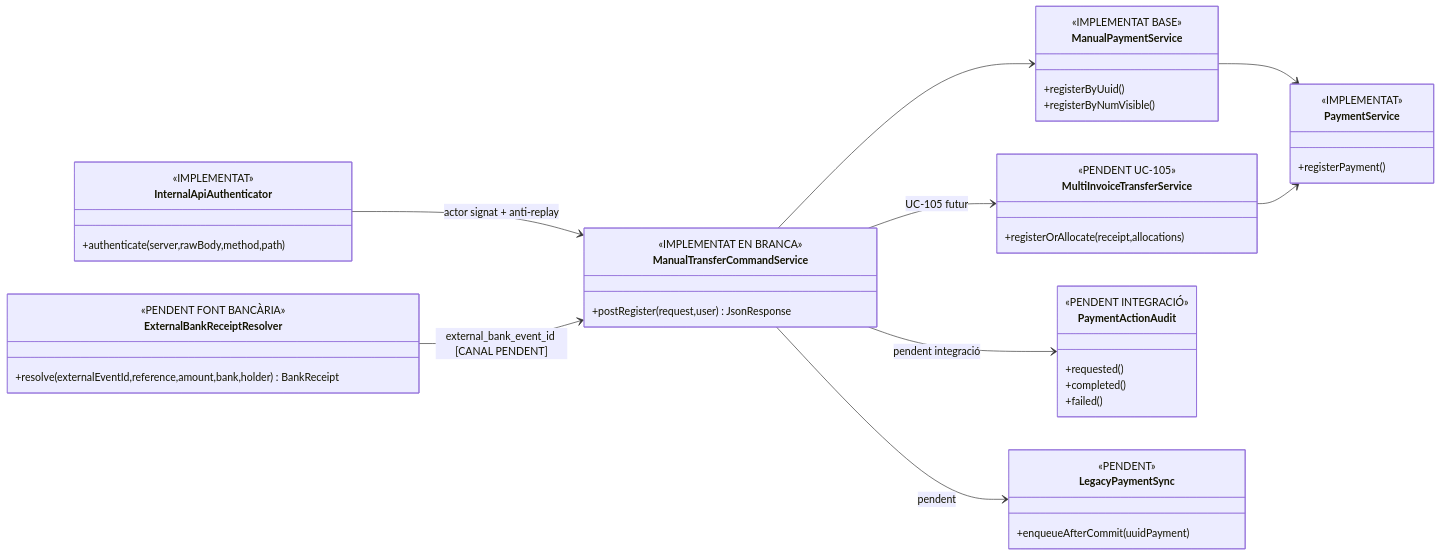
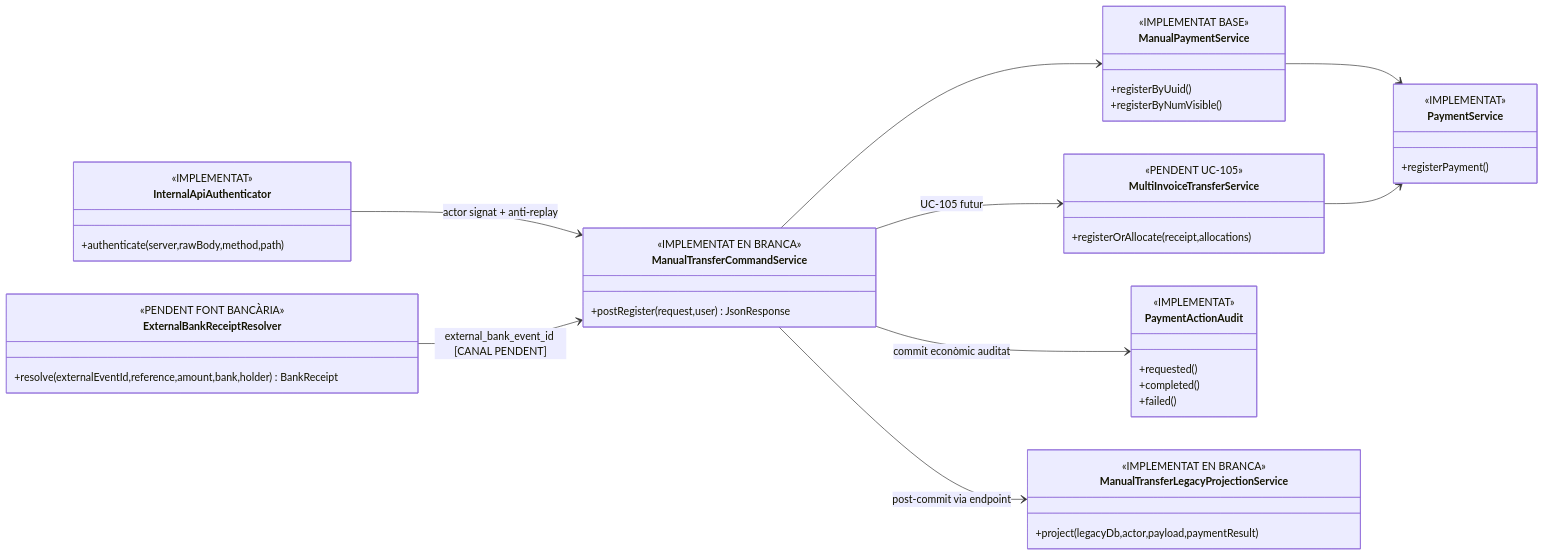
Before and after one commit to orgmeriemprismacat-del/verifactu: the third of 5 diagrams in documentacio/07-uml-integrat/uc-022-classes-actual-final.md, drawn with Mermaid. The commit also changed other lines of this file, not shown here.

Commit message:
docs(uc-022): align class diagram with single SIF projection owner

````diff
--- a/documentacio/07-uml-integrat/uc-022-classes-actual-final.md
+++ b/documentacio/07-uml-integrat/uc-022-classes-actual-final.md
@@ -79,47 +79,47 @@
 ```mermaid
 classDiagram
 direction LR
 class ManualTransferCommandService {
  <<IMPLEMENTAT EN BRANCA>>
  +postRegister(request,user) JsonResponse
 }
 class InternalApiAuthenticator {
  <<IMPLEMENTAT>>
  +authenticate(server,rawBody,method,path)
 }
 class ExternalBankReceiptResolver {
  <<PENDENT FONT BANCÀRIA>>
  +resolve(externalEventId,reference,amount,bank,holder) BankReceipt
 }
 class ManualPaymentService {
  <<IMPLEMENTAT BASE>>
  +registerByUuid()
  +registerByNumVisible()
 }
 class MultiInvoiceTransferService {
  <<PENDENT UC-105>>
  +registerOrAllocate(receipt,allocations)
 }
 class PaymentService {
  <<IMPLEMENTAT>>
  +registerPayment()
 }
 class PaymentActionAudit {
- <<PENDENT INTEGRACIÓ>>
+ <<IMPLEMENTAT>>
  +requested()
  +completed()
  +failed()
 }
-class LegacyPaymentSync {
- <<PENDENT>>
- +enqueueAfterCommit(uuidPayment)
+class ManualTransferLegacyProjectionService {
+ <<IMPLEMENTAT EN BRANCA>>
+ +project(legacyDb,actor,payload,paymentResult)
 }
 ManualTransferCommandService --> ManualPaymentService
 InternalApiAuthenticator --> ManualTransferCommandService : actor signat + anti-replay
 ExternalBankReceiptResolver --> ManualTransferCommandService : external_bank_event_id [CANAL PENDENT]
 ManualTransferCommandService --> MultiInvoiceTransferService : UC-105 futur
 ManualPaymentService --> PaymentService
 MultiInvoiceTransferService --> PaymentService
-ManualTransferCommandService --> PaymentActionAudit : pendent integració
-ManualTransferCommandService --> LegacyPaymentSync : pendent
+ManualTransferCommandService --> PaymentActionAudit : commit econòmic auditat
+ManualTransferCommandService --> ManualTransferLegacyProjectionService : post-commit via endpoint
 ```
````
